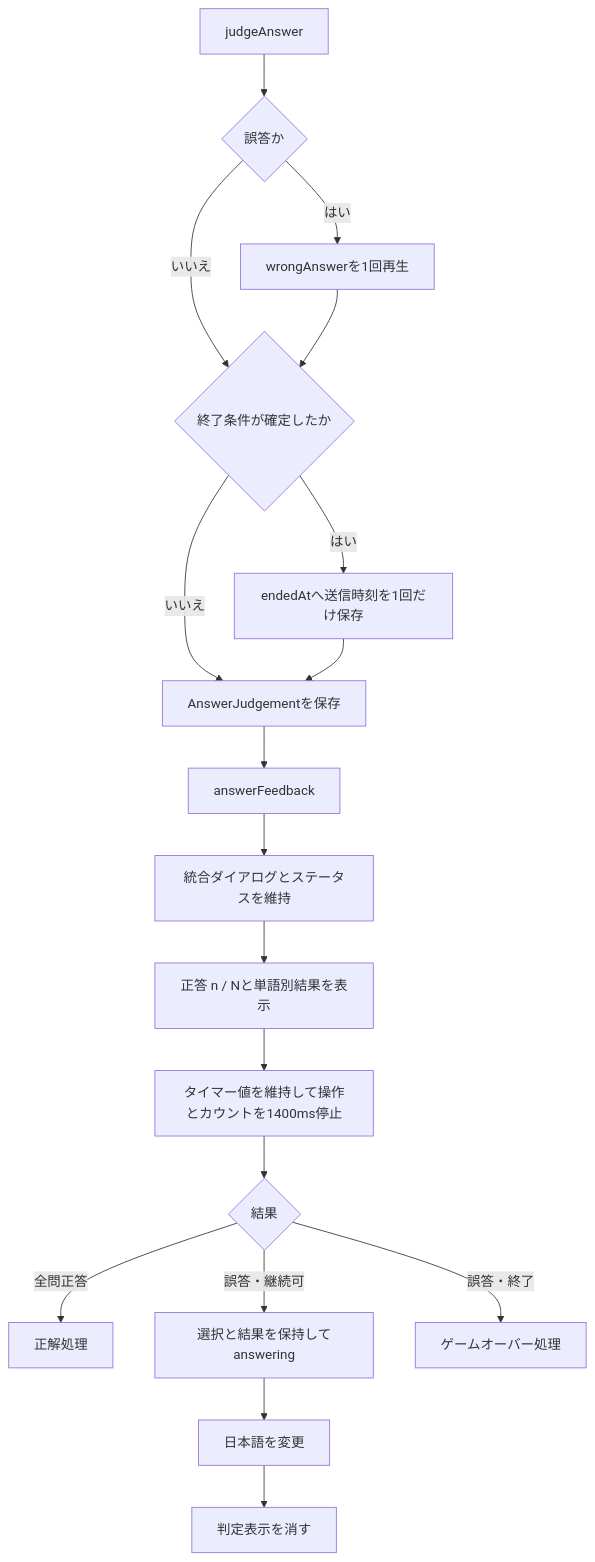
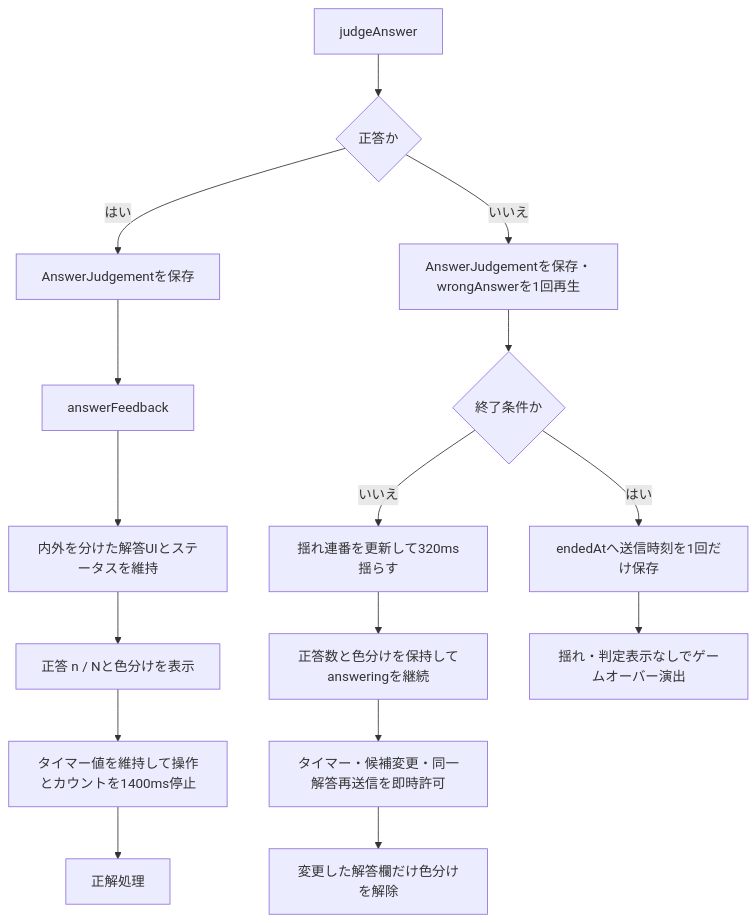
One commit to lycanthr0pes/language-deciphering-game changed the ninth of 13 diagrams in docs/project-flow.md. Above: the diagram before and after it, drawn with Mermaid. The commit also changed other lines of this file and 58 other files, not shown here.

````diff
--- a/docs/project-flow.md
+++ b/docs/project-flow.md
@@ -198,20 +208,18 @@
 ```mermaid
 flowchart TD
-    A[judgeAnswer] --> A1{誤答か}
-    A1 -->|はい| A4[wrongAnswerを1回再生]
-    A1 -->|いいえ| A2{終了条件が確定したか}
-    A4 --> A2
+    A[judgeAnswer] --> A1{正答か}
+    A1 -->|はい| B[AnswerJudgementを保存]
+    B --> C[answerFeedback]
+    C --> D[内外を分けた解答UIとステータスを維持]
+    D --> E[正答 n / Nと色分けを表示]
+    E --> F[タイマー値を維持して操作とカウントを1400ms停止]
+    F --> H[正解処理]
+    A1 -->|いいえ| A4[AnswerJudgementを保存・wrongAnswerを1回再生]
+    A4 --> A2{終了条件か}
+    A2 -->|いいえ| S[揺れ連番を更新して320ms揺らす]
+    S --> I[正答数と色分けを保持してansweringを継続]
+    I --> I1[タイマー・候補変更・同一解答再送信を即時許可]
+    I1 --> I2[変更した解答欄だけ色分けを解除]
     A2 -->|はい| A3[endedAtへ送信時刻を1回だけ保存]
-    A2 -->|いいえ| B[AnswerJudgementを保存]
-    A3 --> B
-    B --> C[answerFeedback]
-    C --> D[統合ダイアログとステータスを維持]
-    D --> E[正答 n / Nと単語別結果を表示]
-    E --> F[タイマー値を維持して操作とカウントを1400ms停止]
-    F --> G{結果}
-    G -->|全問正答| H[正解処理]
-    G -->|誤答・継続可| I[選択と結果を保持してanswering]
-    G -->|誤答・終了| J[ゲームオーバー処理]
-    I --> K[日本語を変更]
-    K --> L[判定表示を消す]
+    A3 --> J[揺れ・判定表示なしでゲームオーバー演出]
 ```
````
